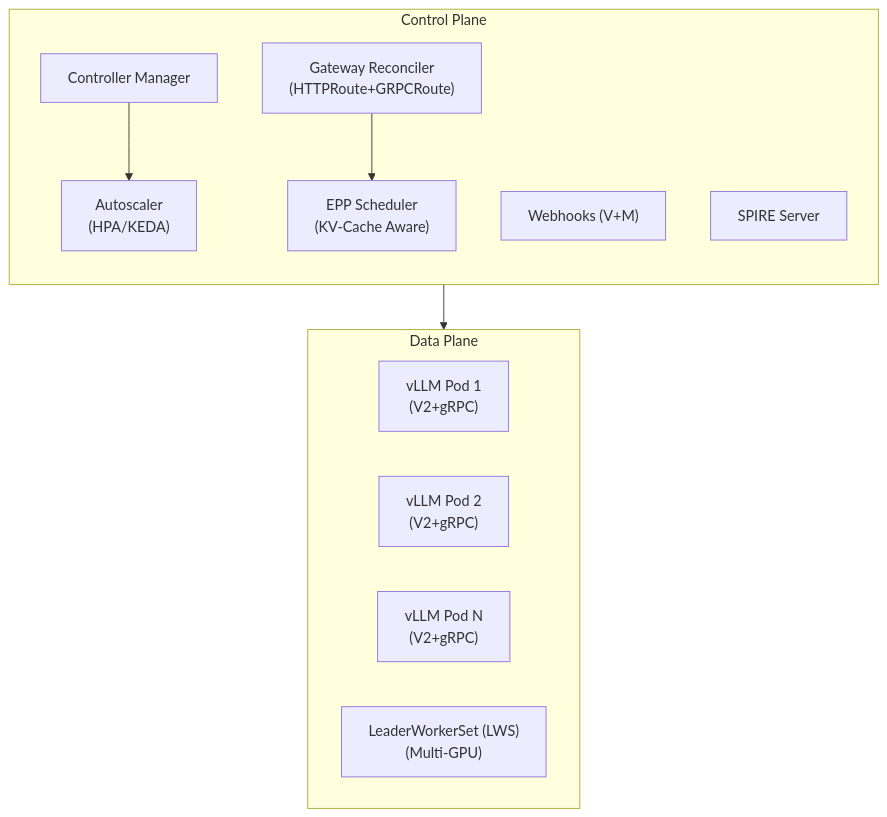
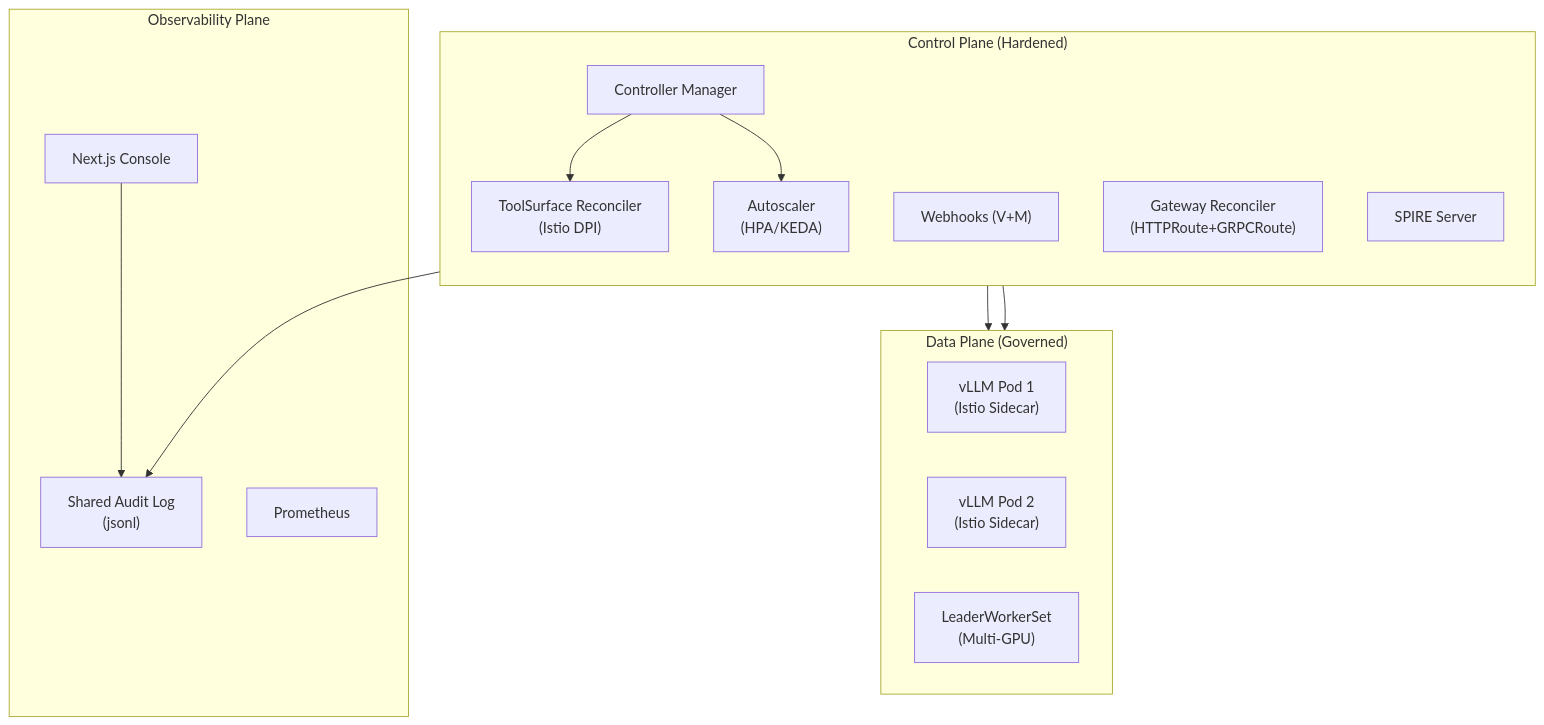
The diagram in README.md (ckodex-labs/ckodex-kserve-llm), drawn with Mermaid before and after one commit. The commit also changed other lines of this file and 23 other files, not shown here.

````diff
--- a/README.md
+++ b/README.md
@@ -12,26 +12,33 @@
 ```mermaid
 graph TD
-    subgraph CP["Control Plane"]
+    subgraph CP["Control Plane (Hardened)"]
         direction TB
         CM["Controller Manager"]
         WH["Webhooks (V+M)"]
+        RT["ToolSurface Reconciler<br/>(Istio DPI)"]
         GR["Gateway Reconciler<br/>(HTTPRoute+GRPCRoute)"]
         
         AS["Autoscaler<br/>(HPA/KEDA)"]
         SS["SPIRE Server"]
-        ES["EPP Scheduler<br/>(KV-Cache Aware)"]
-        
-        CM --> AS
-        GR --> ES
     end
 
-    subgraph DP["Data Plane"]
-        direction LR
-        V1["vLLM Pod 1<br/>(V2+gRPC)"]
-        V2["vLLM Pod 2<br/>(V2+gRPC)"]
-        VN["vLLM Pod N<br/>(V2+gRPC)"]
-        LWS["LeaderWorkerSet (LWS)<br/>(Multi-GPU)"]
+    subgraph OP["Observability Plane"]
+        CON["Next.js Console"]
+        AUD["Shared Audit Log<br/>(jsonl)"]
+        PROM["Prometheus"]
     end
 
-    CP --> DP
+    subgraph DP["Data Plane (Governed)"]
+        direction LR
+        V1["vLLM Pod 1<br/>(Istio Sidecar)"]
+        V2["vLLM Pod 2<br/>(Istio Sidecar)"]
+        LWS["LeaderWorkerSet<br/>(Multi-GPU)"]
+    end
+
+    CM --> RT
+    RT --> DP
+    CM --> AS
+    CM --> AUD
+    CON --> AUD
+    GR --> DP
 ```
````
